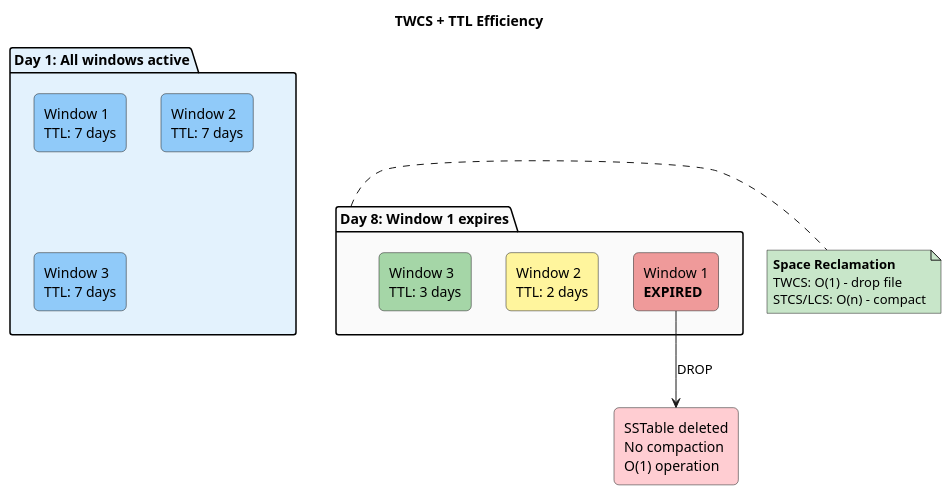
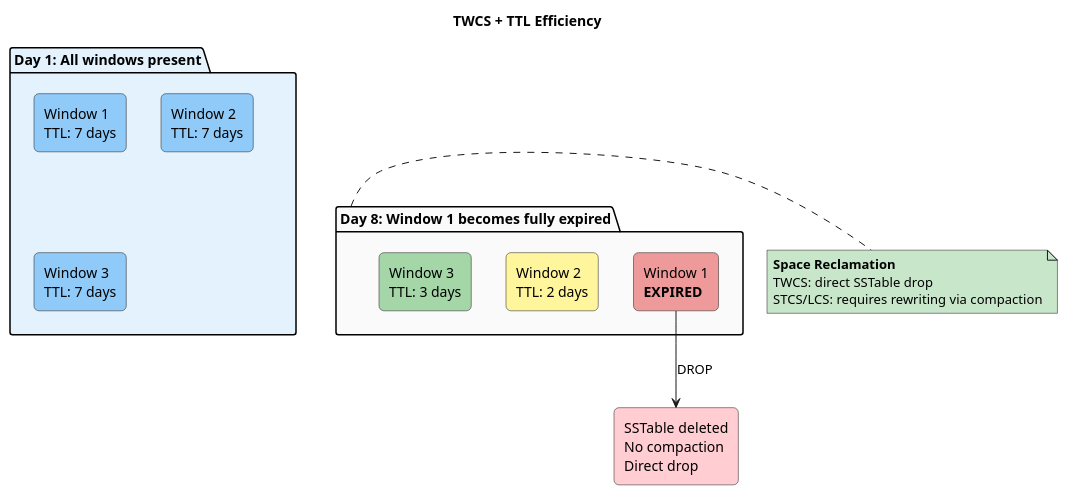
The fourth of 8 diagrams in docs/data-platforms/cassandra/architecture/storage-engine/compaction/twcs.md (axonops/documentation), drawn with PlantUML before and after one commit. The commit also changed other lines of this file and 3 other files, not shown here.

First line of the commit message:
Source-validate compaction strategy docs (UCS, TWCS, LCS, STCS)

````diff
--- a/docs/data-platforms/cassandra/architecture/storage-engine/compaction/twcs.md
+++ b/docs/data-platforms/cassandra/architecture/storage-engine/compaction/twcs.md
@@ -471,36 +473,36 @@
 ```plantuml
 @startuml
-skinparam backgroundColor transparent
+skinparam backgroundColor white
 skinparam defaultFontName Helvetica
 
 title TWCS + TTL Efficiency
 
 skinparam rectangle {
     roundCorner 10
 }
 
-rectangle "SSTable deleted\nNo compaction\nO(1) operation" as drop #FFCDD2
+rectangle "SSTable deleted\nNo compaction\nDirect drop" as drop #FFCDD2
 
-package "Day 1: All windows active" as day1 #E3F2FD {
+package "Day 1: All windows present" as day1 #E3F2FD {
     rectangle "Window 1\nTTL: 7 days" as w1a #90CAF9
     rectangle "Window 2\nTTL: 7 days" as w2a #90CAF9
     rectangle "Window 3\nTTL: 7 days" as w3a #90CAF9
 }
 
-package "Day 8: Window 1 expires" as day8 #FAFAFA {
+package "Day 8: Window 1 becomes fully expired" as day8 #FAFAFA {
     rectangle "Window 1\n**EXPIRED**" as w1b #EF9A9A
     rectangle "Window 2\nTTL: 2 days" as w2b #FFF59D
     rectangle "Window 3\nTTL: 3 days" as w3b #A5D6A7
 }
 
 day1 -[hidden]down- day8
 w1b -down-> drop : DROP
 
 note right of day8 #C8E6C9
     **Space Reclamation**
-    TWCS: O(1) - drop file
-    STCS/LCS: O(n) - compact
+    TWCS: direct SSTable drop
+    STCS/LCS: requires rewriting via compaction
 end note
 
 @enduml
 ```
````
